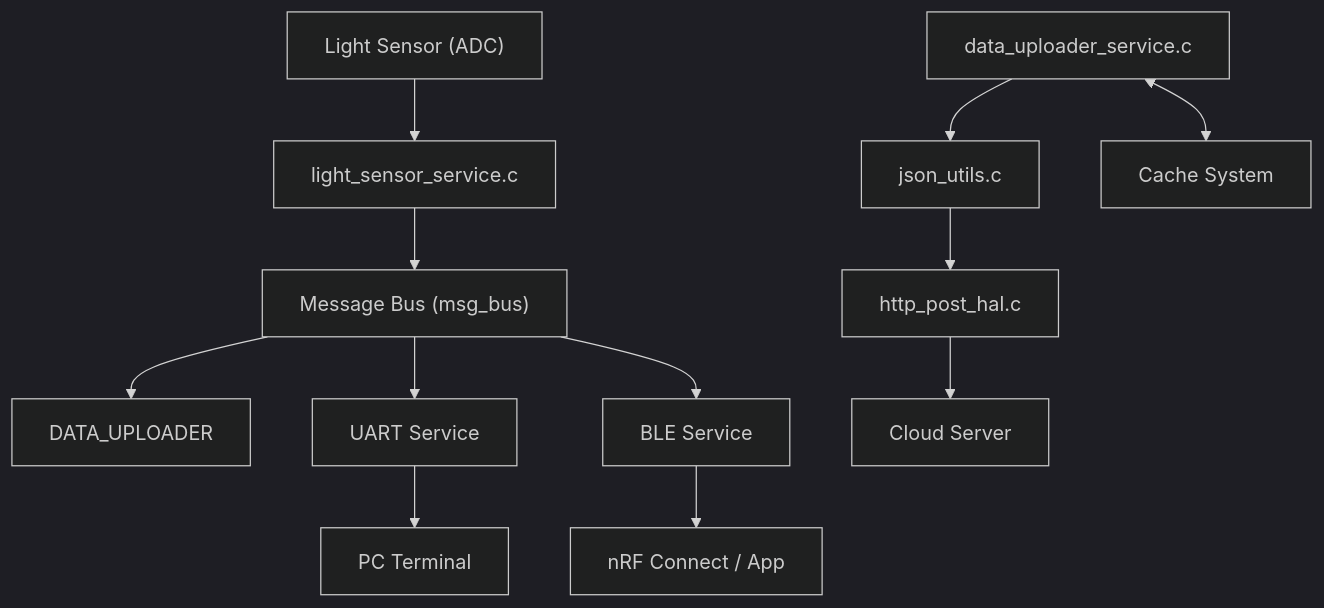
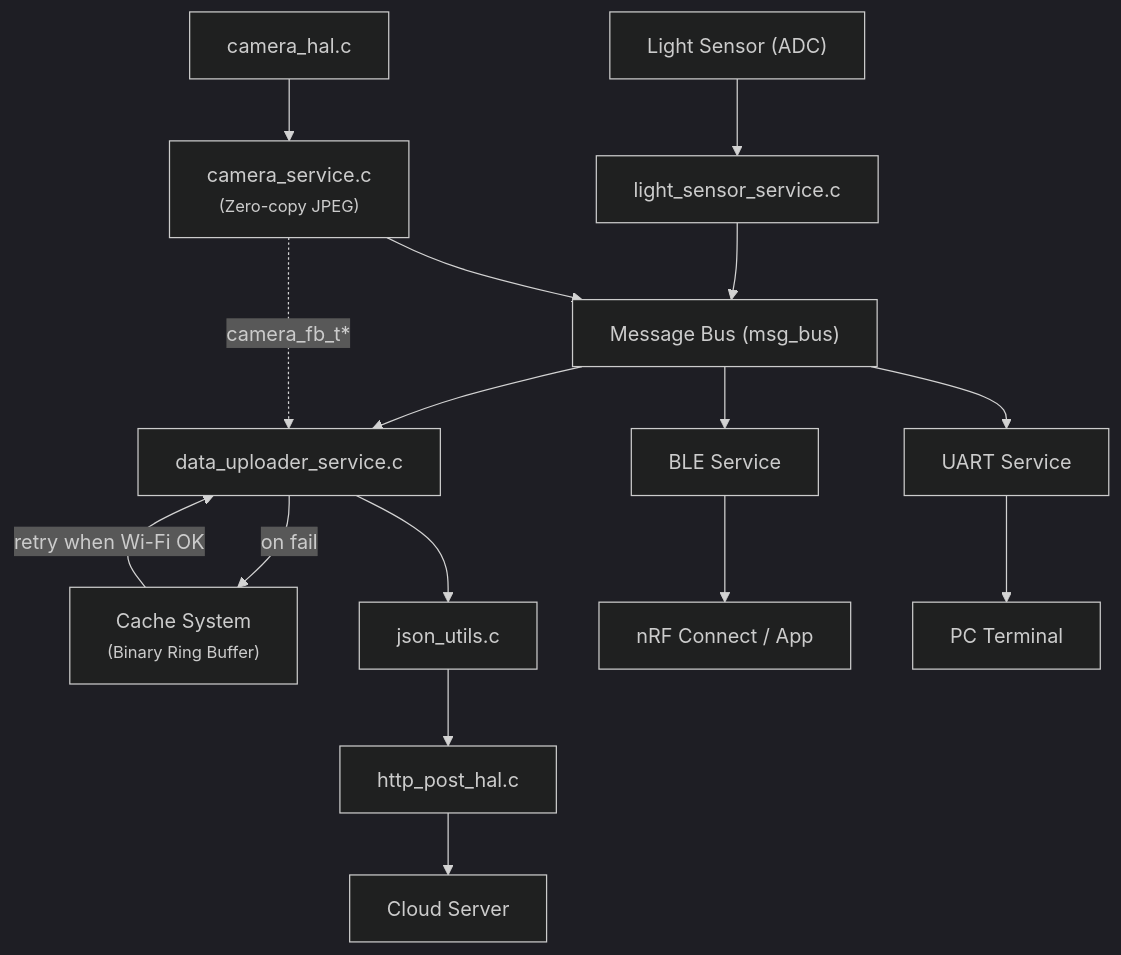
One commit to MrRaidrop/ESP-MoNet changed the diagram in docs/index.md. Above: the diagram before and after it, drawn with Mermaid (dark theme). The commit also changed 131 other files, not shown here.

First line of the commit message:
- camera module updated & msg_bus support & github graph update

```diff
--- a/docs/index.md
+++ b/docs/index.md
@@ -13,27 +13,35 @@
 <div class="mermaid">
 graph TD
     SENSOR["Light Sensor (ADC)"]
     LIGHT["light_sensor_service.c"]
+    CAMERA["camera_service.c<br><small>(Zero-copy JPEG)</small>"]
+    CAM_HAL["camera_hal.c"]
     BUS["Message Bus (msg_bus)"]
     UPLOADER["data_uploader_service.c"]
     UART["UART Service"]
     BLE["BLE Service"]
-    CACHE["Cache System"]
+    CACHE["Cache System<br><small>(Binary Ring Buffer)</small>"]
     JSON["json_utils.c"]
     HTTP["http_post_hal.c"]
     CLOUD["Cloud Server"]
     MOBILE["nRF Connect / App"]
     PC["PC Terminal"]
 
     SENSOR --> LIGHT
     LIGHT  --> BUS
-    BUS    --> DATA_UPLOADER
+    CAMERA --> BUS
+    CAM_HAL --> CAMERA
+    BUS    --> UPLOADER
     BUS    --> UART
     BUS    --> BLE
     UPLOADER --> JSON
     JSON   --> HTTP
     HTTP   --> CLOUD
-    UPLOADER <--> CACHE
     BLE    --> MOBILE
     UART   --> PC
+
+    %% Highlight JPEG path
+    CAMERA -.->|camera_fb_t*| UPLOADER
+    UPLOADER -->|on fail| CACHE
+    CACHE -->|retry when Wi-Fi OK| UPLOADER
 </div>
```
